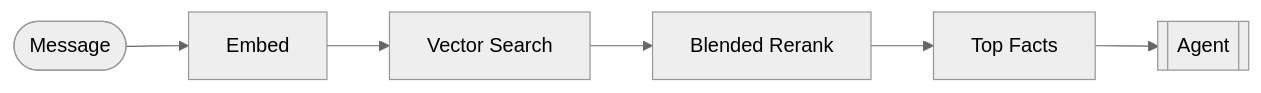
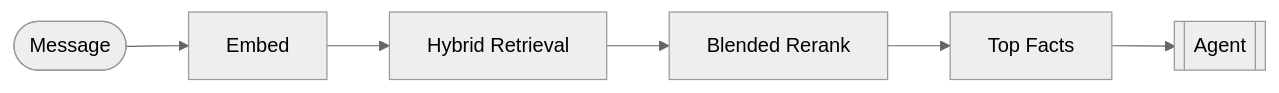
Before and after one commit to Arav-Arun/Ledger: the second of 2 diagrams in README.md, drawn with Mermaid (neutral theme). The commit also changed other lines of this file and 7 other files, not shown here.

````diff
--- a/README.md
+++ b/README.md
@@ -41,4 +41,4 @@
 ```mermaid
 flowchart LR
-    M(["Message"]) --> E["Embed"] --> V["Vector Search"] --> RK["Blended Rerank"] --> TOP["Top Facts"] --> AG[["Agent"]]
+    M(["Message"]) --> E["Embed"] --> V["Hybrid Retrieval"] --> RK["Blended Rerank"] --> TOP["Top Facts"] --> AG[["Agent"]]
 ```
````
